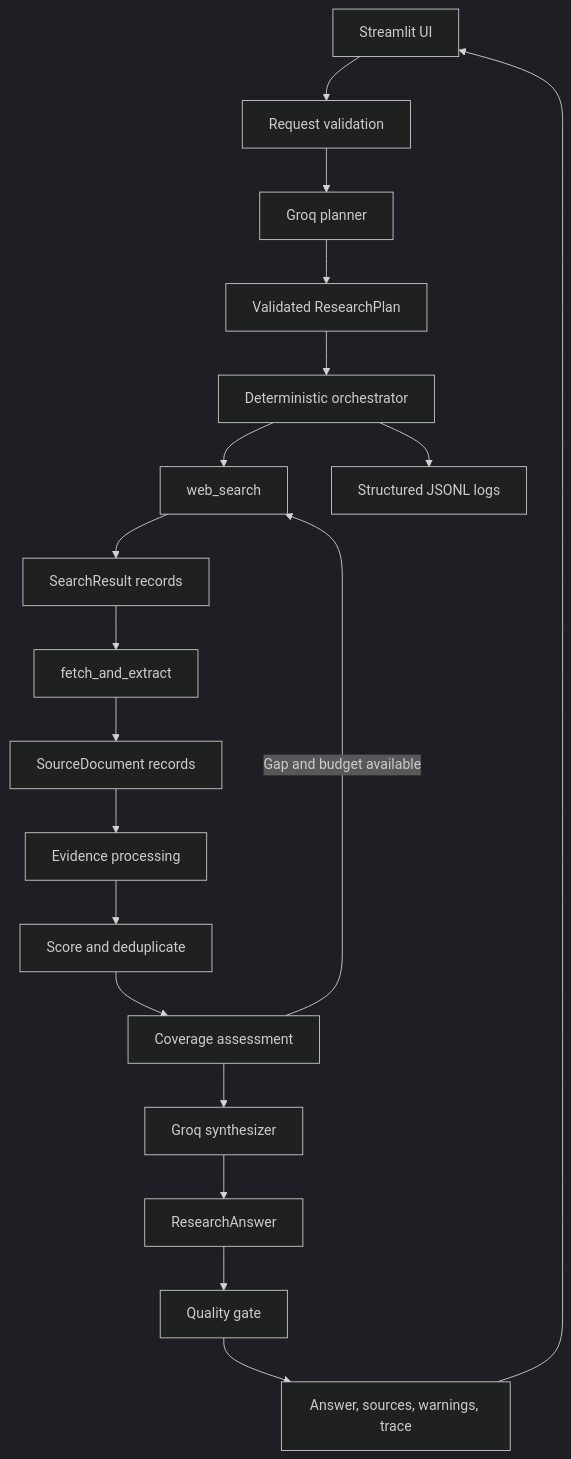
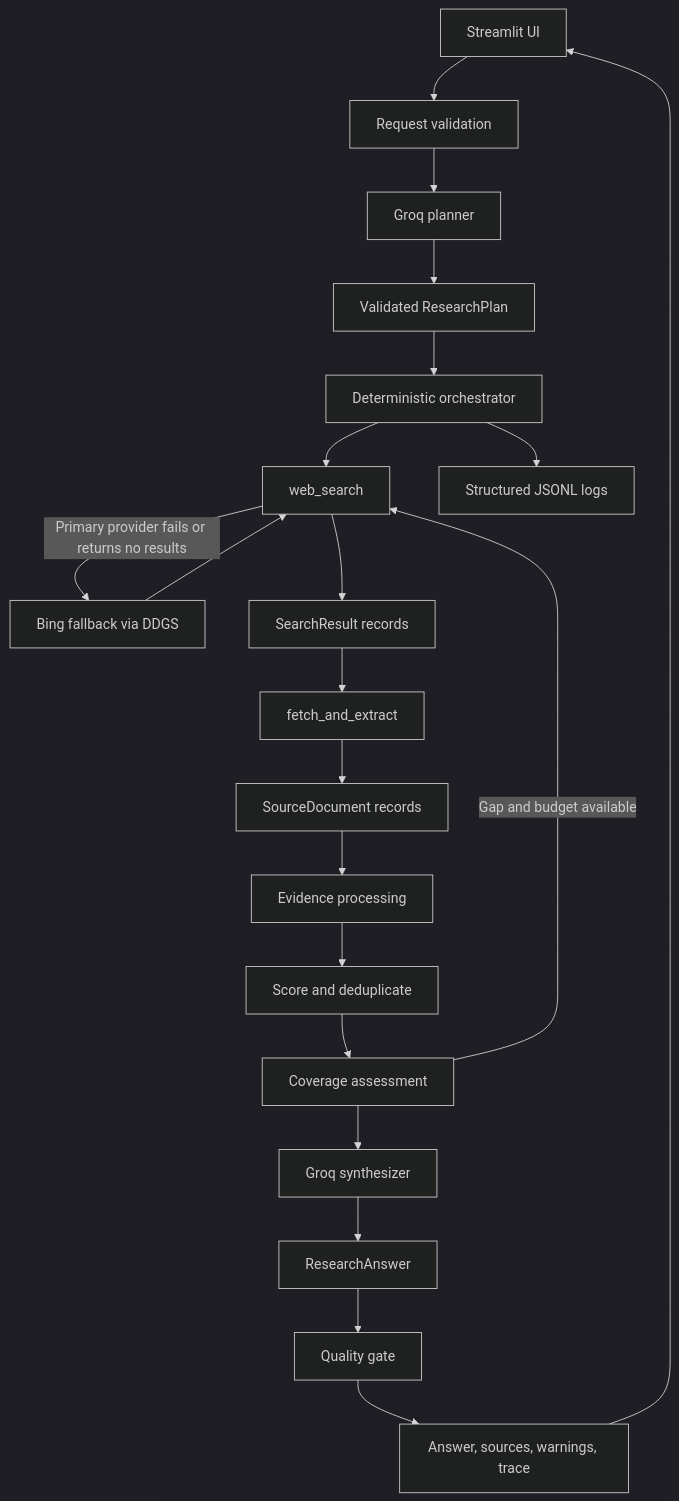
Before and after one commit to SakshiKukreja04/researchpilot-ai-agent: the diagram in README.md, drawn with Mermaid (dark theme). The commit also changed other lines of this file, not shown here.

````diff
--- a/README.md
+++ b/README.md
@@ -336,25 +371,27 @@
 ```mermaid
 flowchart TD
     UI[Streamlit UI] --> VALIDATE[Request validation]
     VALIDATE --> PLANNER[Groq planner]
     PLANNER --> PLAN[Validated ResearchPlan]
     PLAN --> ORCH[Deterministic orchestrator]
 
     ORCH --> SEARCH[web_search]
+    SEARCH -->|Primary provider fails or returns no results| FALLBACK[Bing fallback via DDGS]
+    FALLBACK --> SEARCH
     SEARCH --> RESULTS[SearchResult records]
     RESULTS --> FETCH[fetch_and_extract]
     FETCH --> DOCS[SourceDocument records]
     DOCS --> EVIDENCE[Evidence processing]
 
     EVIDENCE --> SCORE[Score and deduplicate]
     SCORE --> COVERAGE[Coverage assessment]
     COVERAGE -->|Gap and budget available| SEARCH
     COVERAGE --> SYNTH[Groq synthesizer]
 
     SYNTH --> ANSWER[ResearchAnswer]
     ANSWER --> QUALITY[Quality gate]
     QUALITY --> OUTPUT[Answer, sources, warnings, trace]
     OUTPUT --> UI
 
     ORCH --> LOGS[Structured JSONL logs]
 ```
````
